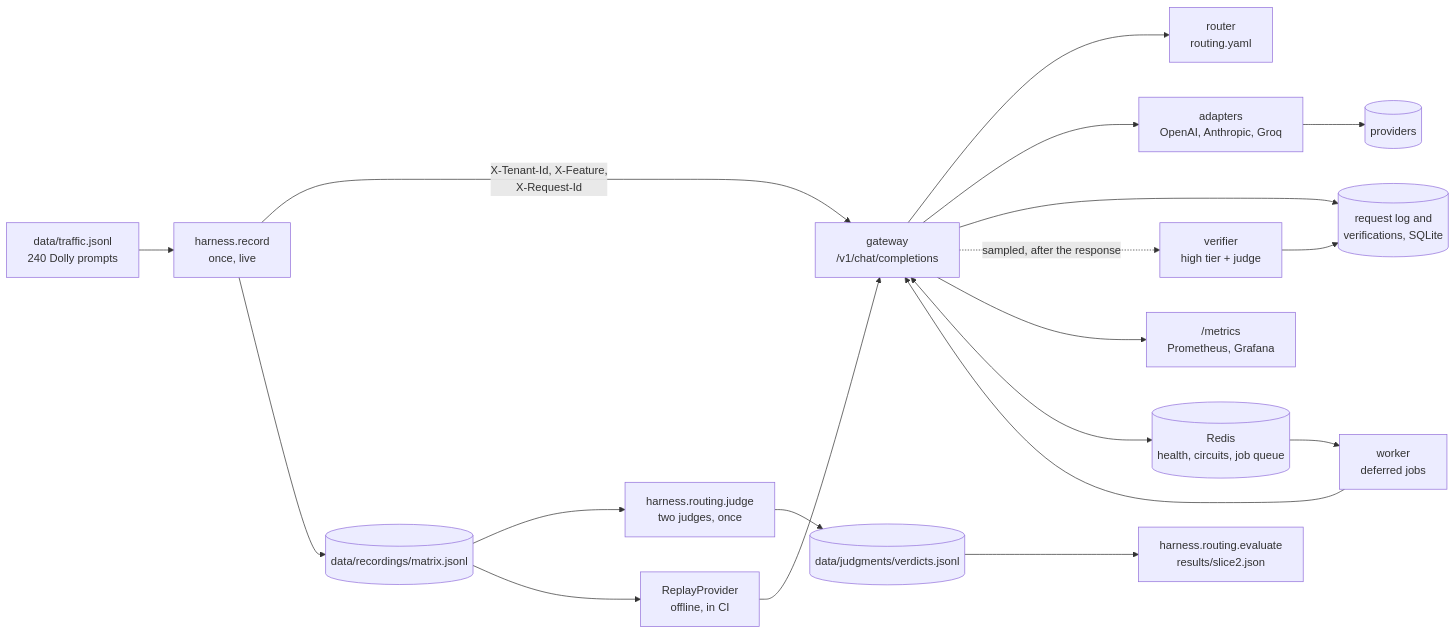
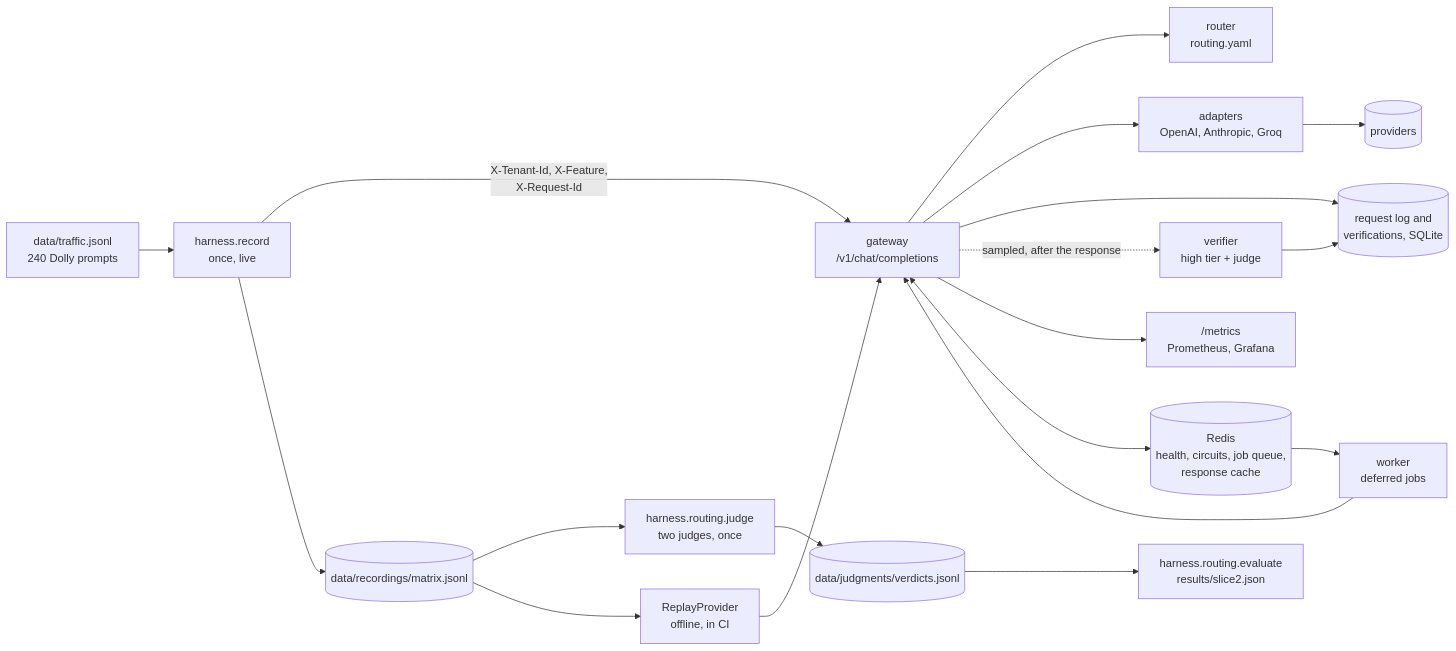
The diagram in README.md (yagosamu/llm-gateway), drawn with Mermaid before and after one commit. The commit also changed other lines of this file and 1 other file, not shown here.

````diff
--- a/README.md
+++ b/README.md
@@ -110,21 +144,21 @@
 ```mermaid
 flowchart LR
     T["data/traffic.jsonl<br/>240 Dolly prompts"] --> R["harness.record<br/>once, live"]
     R -- "X-Tenant-Id, X-Feature,<br/>X-Request-Id" --> G["gateway<br/>/v1/chat/completions"]
     G --> RT["router<br/>routing.yaml"]
     G --> AD["adapters<br/>OpenAI, Anthropic, Groq"]
     AD --> P[("providers")]
     G --> L[("request log and<br/>verifications, SQLite")]
     G -. "sampled, after the response" .-> V["verifier<br/>high tier + judge"]
     V --> L
     G --> M["/metrics<br/>Prometheus, Grafana"]
-    G <--> RD[("Redis<br/>health, circuits, job queue")]
+    G <--> RD[("Redis<br/>health, circuits, job queue,<br/>response cache")]
     RD --> WK["worker<br/>deferred jobs"]
     WK --> G
     R --> X[("data/recordings/matrix.jsonl")]
     X --> J["harness.routing.judge<br/>two judges, once"]
     J --> VD[("data/judgments/verdicts.jsonl")]
     X --> RP["ReplayProvider<br/>offline, in CI"]
     RP --> G
     VD --> EV["harness.routing.evaluate<br/>results/slice2.json"]
 ```
````
